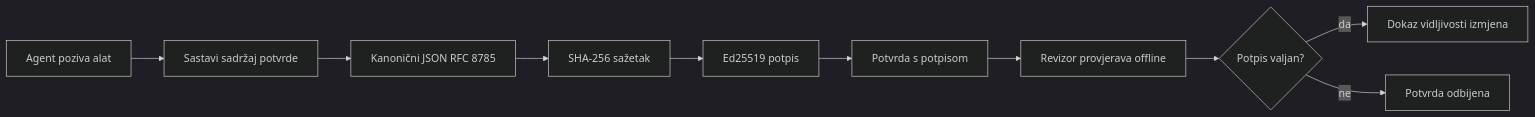
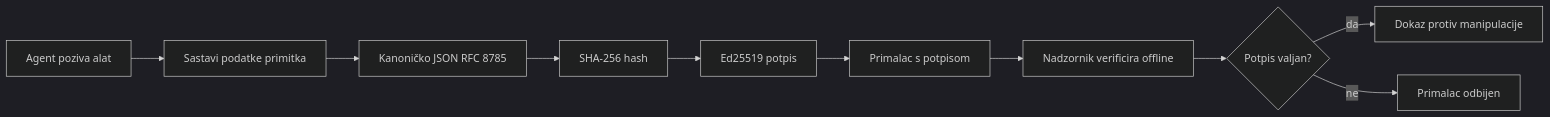
Before and after one commit to microsoft/ai-agents-for-beginners: the first of 2 diagrams in translations/hr/18-securing-ai-agents/README.md, drawn with Mermaid (dark theme). The commit also changed other lines of this file and 93 other files, not shown here.

````diff
--- a/translations/hr/18-securing-ai-agents/README.md
+++ b/translations/hr/18-securing-ai-agents/README.md
@@ -51,12 +51,12 @@
 ```mermaid
 flowchart LR
-    A[Agent poziva alat] --> B[Sastavi sadržaj potvrde]
-    B --> C[Kanonični JSON RFC 8785]
-    C --> D[SHA-256 sažetak]
+    A[Agent poziva alat] --> B[Sastavi podatke primitka]
+    B --> C[Kanoničko JSON RFC 8785]
+    C --> D[SHA-256 hash]
     D --> E[Ed25519 potpis]
-    E --> F[Potvrda s potpisom]
-    F --> G[Revizor provjerava offline]
+    E --> F[Primalac s potpisom]
+    F --> G[Nadzornik verificira offline]
     G --> H{Potpis valjan?}
-    H -- da --> I[Dokaz vidljivosti izmjena]
-    H -- ne --> J[Potvrda odbijena]
+    H -- da --> I[Dokaz protiv manipulacije]
+    H -- ne --> J[Primalac odbijen]
 ```
````
